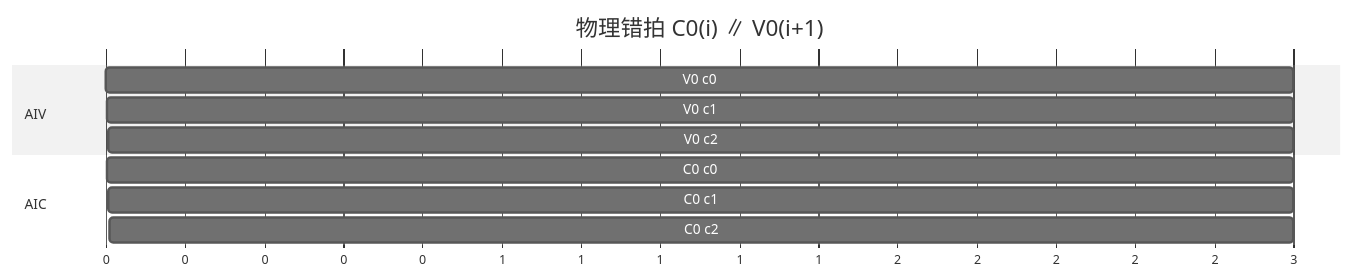
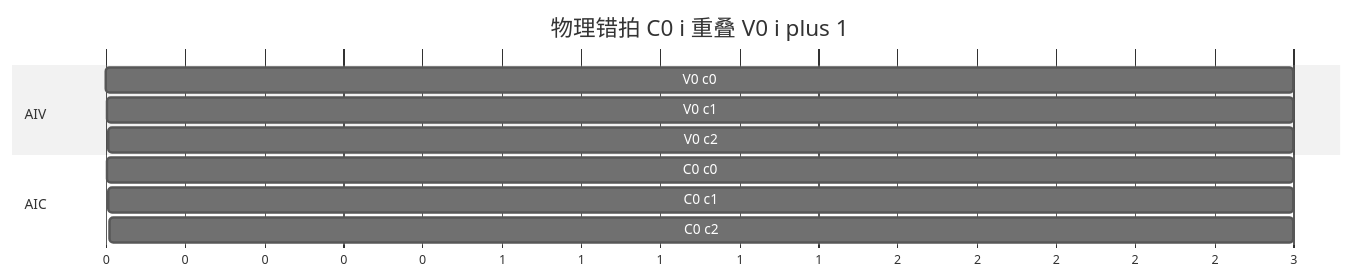
One commit to LiYuanqg/flash-linear-attention-npu changed the second of 4 diagrams in kda_gate_wu_fusion_golden/DESIGN.md. Above: the diagram before and after it, drawn with Mermaid (neutral theme). The commit also changed other lines of this file and 2 other files, not shown here.

````diff
--- a/kda_gate_wu_fusion_golden/DESIGN.md
+++ b/kda_gate_wu_fusion_golden/DESIGN.md
@@ -82,14 +82,14 @@
 ```mermaid
 gantt
-  title 物理错拍 C0(i) ∥ V0(i+1)
+  title 物理错拍 C0 i 重叠 V0 i plus 1
   dateFormat X
   axisFormat %s
   section AIV
-  V0 c0           :a1, 0, 3
-  V0 c1           :a2, 3, 3
-  V0 c2           :a3, 6, 3
+  V0 c0           :0, 3
+  V0 c1           :3, 3
+  V0 c2           :6, 3
   section AIC
-  C0 c0           :c1, 3, 3
-  C0 c1           :c2, 6, 3
-  C0 c2           :c3, 9, 3
+  C0 c0           :3, 3
+  C0 c1           :6, 3
+  C0 c2           :9, 3
 ```
````
